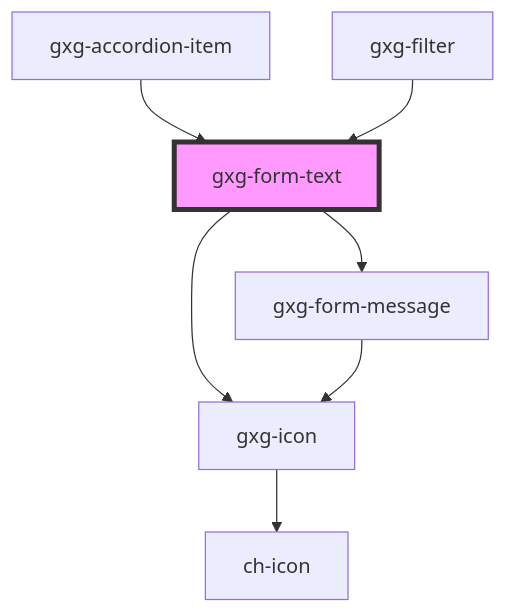
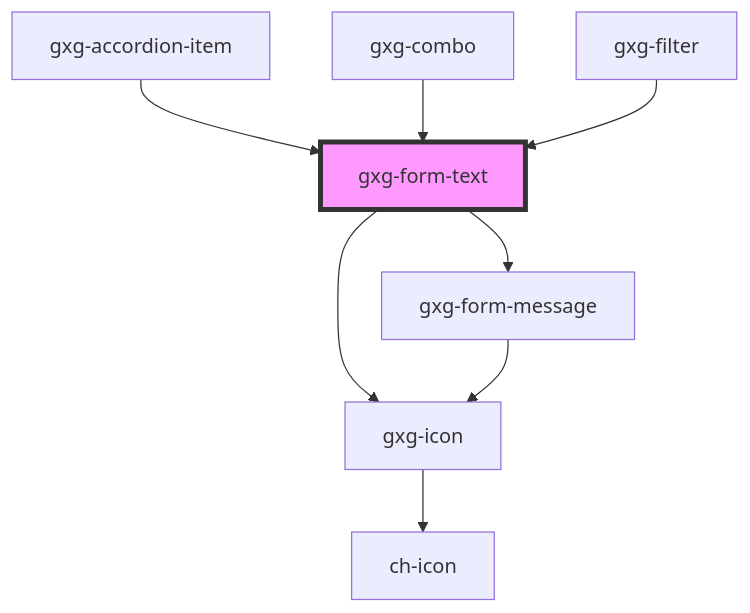
Before and after one commit to genexuslabs/gemini: the diagram in src/components/form-text/readme.md, drawn with Mermaid. The commit also changed other lines of this file and 13 other files, not shown here.

````diff
--- a/src/components/form-text/readme.md
+++ b/src/components/form-text/readme.md
@@ -77,10 +78,11 @@
 ```mermaid
 graph TD;
   gxg-form-text --> gxg-icon
   gxg-form-text --> gxg-form-message
   gxg-icon --> ch-icon
   gxg-form-message --> gxg-icon
   gxg-accordion-item --> gxg-form-text
+  gxg-combo --> gxg-form-text
   gxg-filter --> gxg-form-text
   style gxg-form-text fill:#f9f,stroke:#333,stroke-width:4px
 ```
````
